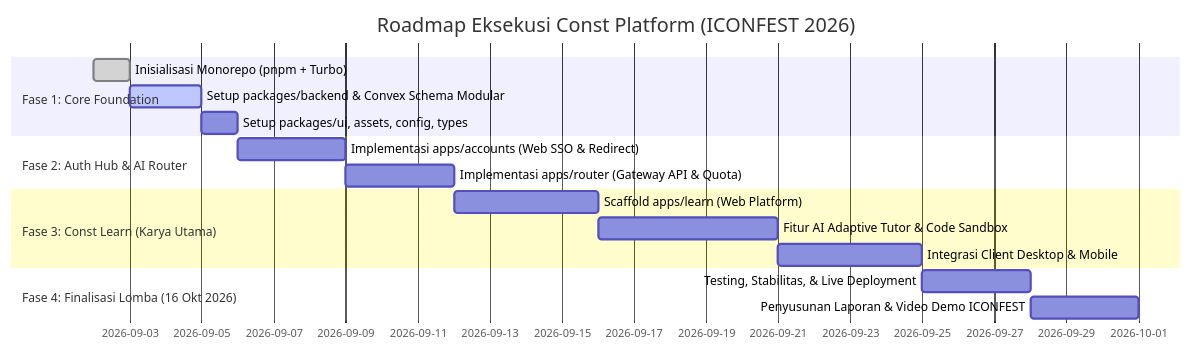
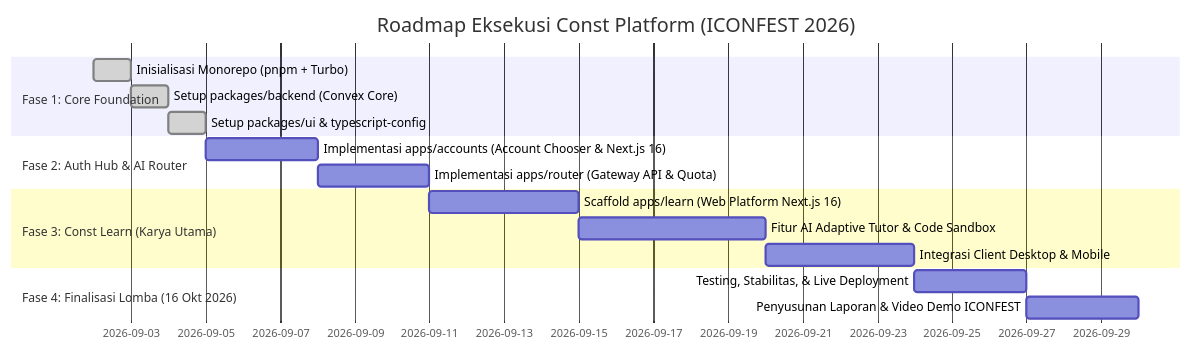
One commit to alifconstantine/const changed the fourth of 4 diagrams in arsitektur.md. Above: the diagram before and after it, drawn with Mermaid. The commit also changed other lines of this file and 7 other files, not shown here.

First line of the commit message:
chore: streamline monorepo setup, reset backend schema, and adopt account chooser architecture

````diff
--- a/arsitektur.md
+++ b/arsitektur.md
@@ -435,19 +452,19 @@
 ```mermaid
 gantt
     title Roadmap Eksekusi Const Platform (ICONFEST 2026)
     dateFormat  YYYY-MM-DD
     section Fase 1: Core Foundation
     Inisialisasi Monorepo (pnpm + Turbo) :done, f1_1, 2026-09-02, 1d
-    Setup packages/backend & Convex Schema Modular :active, f1_2, after f1_1, 2d
-    Setup packages/ui, assets, config, types :f1_3, after f1_2, 1d
+    Setup packages/backend (Convex Core) :done, f1_2, after f1_1, 1d
+    Setup packages/ui & typescript-config :done, f1_3, after f1_2, 1d
     section Fase 2: Auth Hub & AI Router
-    Implementasi apps/accounts (Web SSO & Redirect) :f2_1, after f1_3, 3d
+    Implementasi apps/accounts (Account Chooser & Next.js 16) :f2_1, after f1_3, 3d
     Implementasi apps/router (Gateway API & Quota) :f2_2, after f2_1, 3d
     section Fase 3: Const Learn (Karya Utama)
-    Scaffold apps/learn (Web Platform) :f3_1, after f2_2, 4d
+    Scaffold apps/learn (Web Platform Next.js 16) :f3_1, after f2_2, 4d
     Fitur AI Adaptive Tutor & Code Sandbox :f3_2, after f3_1, 5d
     Integrasi Client Desktop & Mobile :f3_3, after f3_2, 4d
     section Fase 4: Finalisasi Lomba (16 Okt 2026)
     Testing, Stabilitas, & Live Deployment :f4_1, after f3_3, 3d
     Penyusunan Laporan & Video Demo ICONFEST :f4_2, after f4_1, 3d
 ```
````
